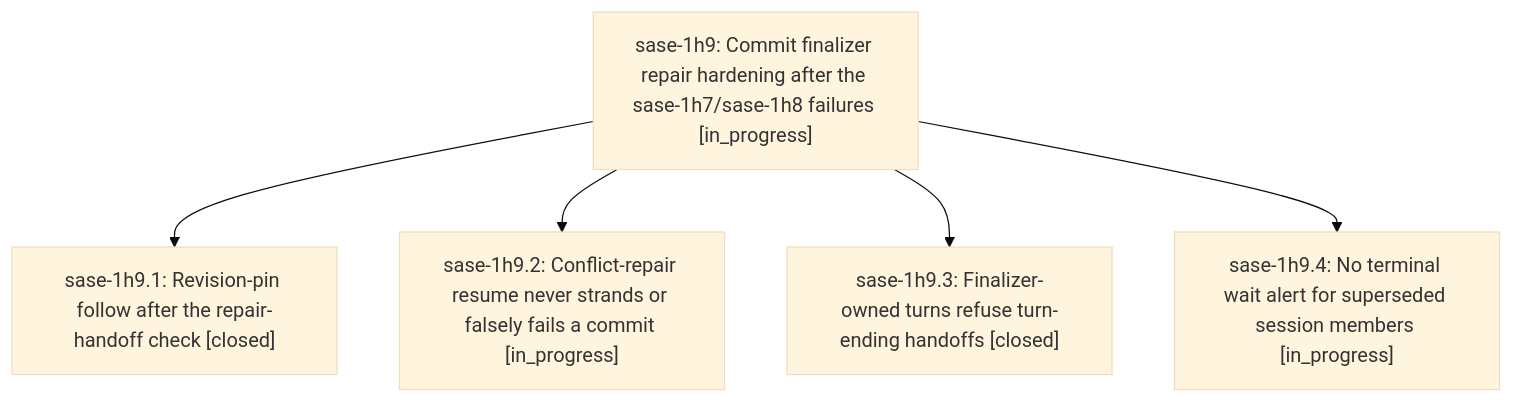
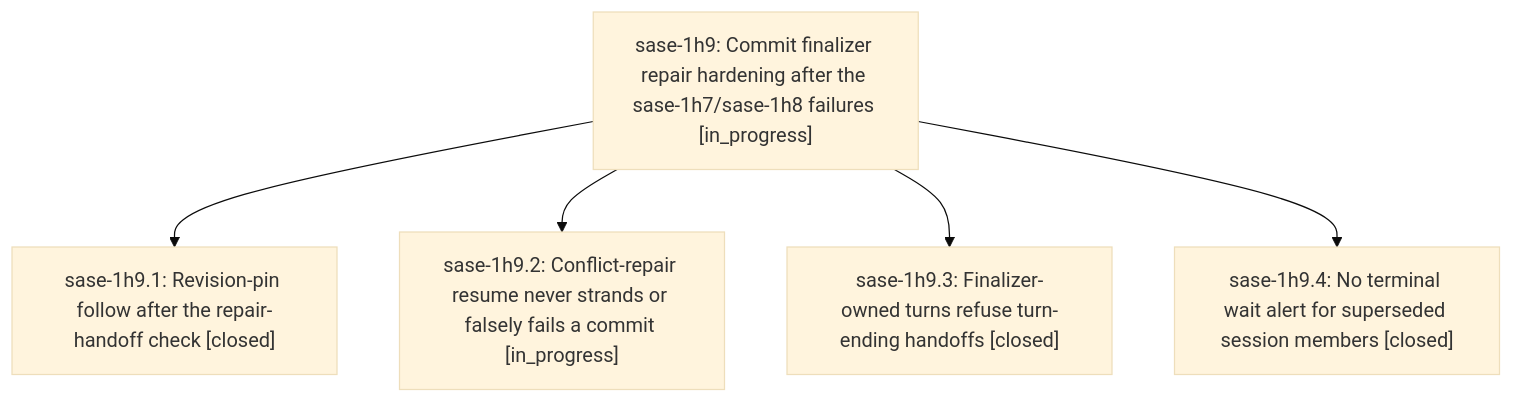
The diagram in pages/sase-1h9/README.md (sase-org/sase--beads), drawn with Mermaid (base theme) before and after one commit. The commit also changed other lines of this file and 1 other file, not shown here.

First line of the commit message:
chore(beads): sync bead state and pages for sase-1h9

````diff
--- a/pages/sase-1h9/README.md
+++ b/pages/sase-1h9/README.md
@@ -25,12 +25,12 @@
 ```mermaid
 flowchart TD
     n0["sase-1h9: Commit finalizer repair hardening after the sase-1h7/sase-1h8 failures [in_progress]"]
     n1["sase-1h9.1: Revision-pin follow after the repair-handoff check [closed]"]
     n2["sase-1h9.2: Conflict-repair resume never strands or falsely fails a commit [in_progress]"]
     n3["sase-1h9.3: Finalizer-owned turns refuse turn-ending handoffs [closed]"]
-    n4["sase-1h9.4: No terminal wait alert for superseded session members [in_progress]"]
+    n4["sase-1h9.4: No terminal wait alert for superseded session members [closed]"]
     n0 --> n1
     n0 --> n2
     n0 --> n3
     n0 --> n4
 ```
````
